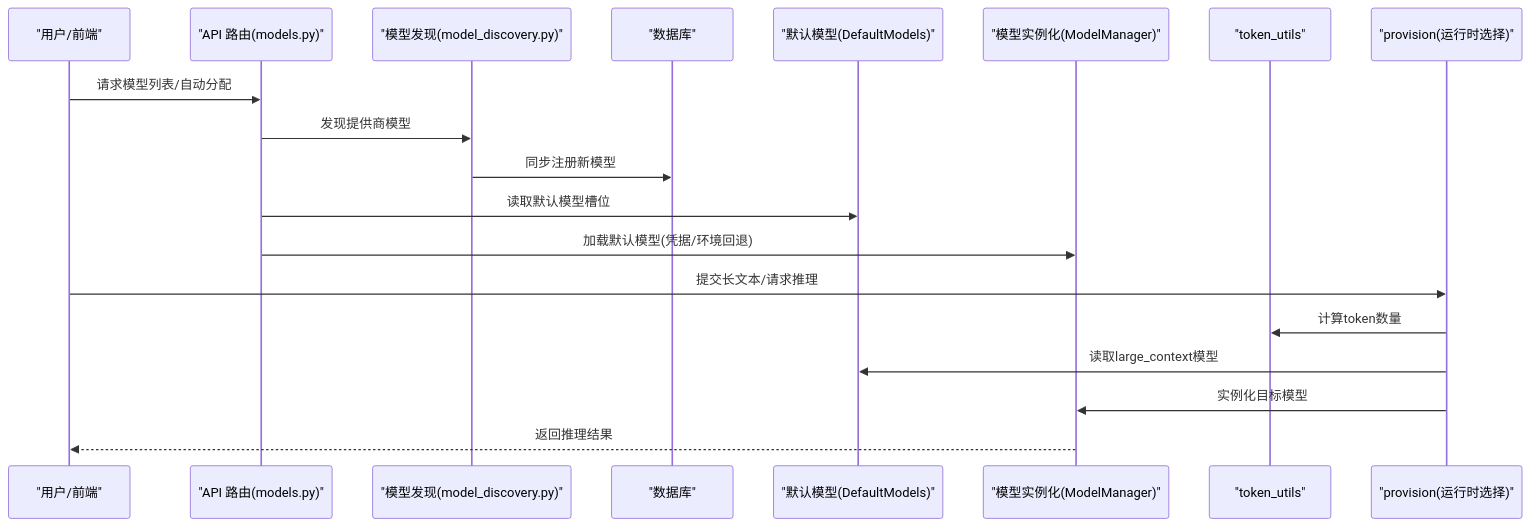
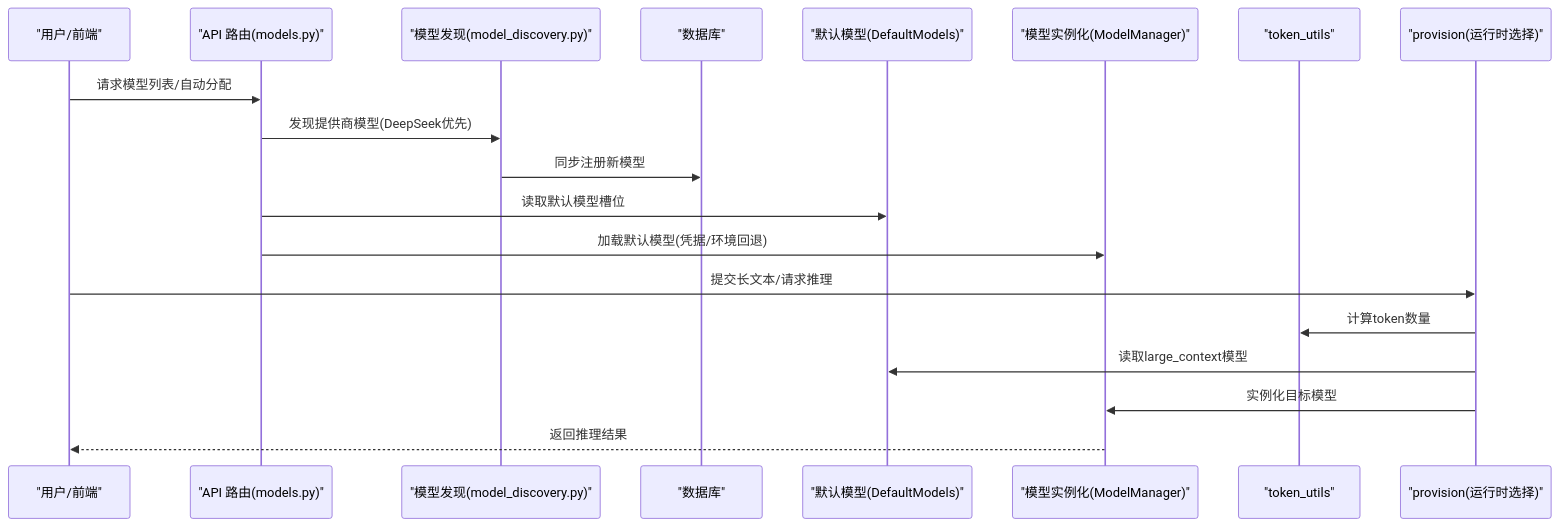
The second of 7 diagrams in .qoder/repowiki/zh/content/后端架构/AI服务集成/模型发现与选择.md (jackeyunjie/open-notebook), drawn with Mermaid before and after one commit. The commit also changed other lines of this file and 89 other files, not shown here.

````diff
--- a/.qoder/repowiki/zh/content/后端架构/AI服务集成/模型发现与选择.md
+++ b/.qoder/repowiki/zh/content/后端架构/AI服务集成/模型发现与选择.md
@@ -119,21 +137,21 @@
 ```mermaid
 sequenceDiagram
 participant U as "用户/前端"
 participant API as "API 路由(models.py)"
 participant DISC as "模型发现(model_discovery.py)"
 participant DB as "数据库"
 participant CFG as "默认模型(DefaultModels)"
 participant INST as "模型实例化(ModelManager)"
 participant TK as "token_utils"
 participant PR as "provision(运行时选择)"
 U->>API : 请求模型列表/自动分配
-API->>DISC : 发现提供商模型
+API->>DISC : 发现提供商模型(DeepSeek优先)
 DISC->>DB : 同步注册新模型
 API->>CFG : 读取默认模型槽位
 API->>INST : 加载默认模型(凭据/环境回退)
 U->>PR : 提交长文本/请求推理
 PR->>TK : 计算token数量
 PR->>CFG : 读取large_context模型
 PR->>INST : 实例化目标模型
 INST-->>U : 返回推理结果
 ```
````
